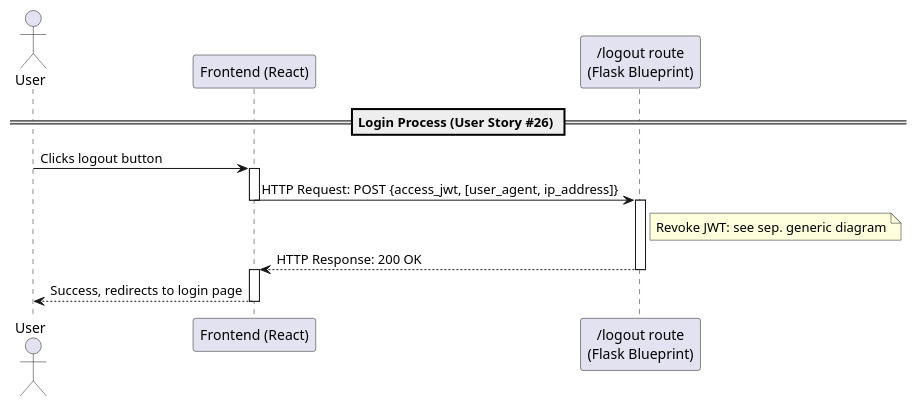
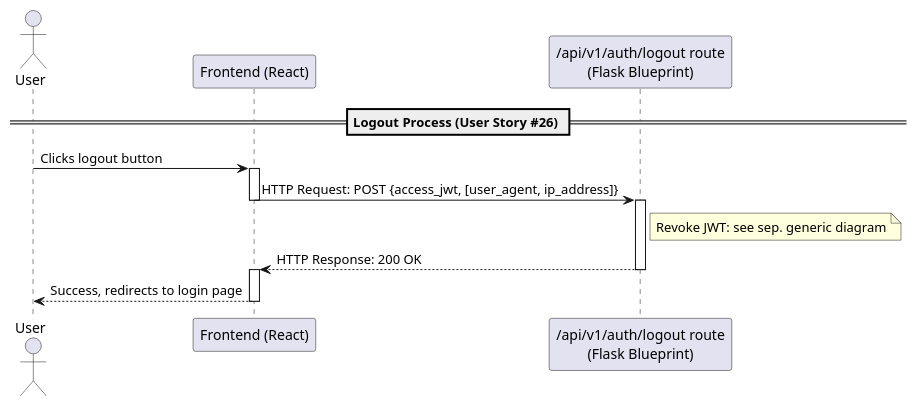
Before and after one commit to dominikoetiker/TheMentalLoadHub: the diagram in docs/src/diagrams/uml/sequence/account_management/authentication_process/logout.puml, drawn with PlantUML. The commit also changed 26 other files, not shown here.

Commit message:
Update README and UML diagrams to reflect a more RESTful API naming

```diff
--- a/docs/src/diagrams/uml/sequence/account_management/authentication_process/logout.puml
+++ b/docs/src/diagrams/uml/sequence/account_management/authentication_process/logout.puml
@@ -1,18 +1,18 @@
 @startuml LogoutSequence
-actor "User" as AppUser
+actor "User" as User
 participant "Frontend (React)" as FE
-participant "/logout route\n(Flask Blueprint)" as LR
+participant "/api/v1/auth/logout route\n(Flask Blueprint)" as ALoR
 
-== Login Process (User Story #26) ==
-AppUser -> FE : Clicks logout button
+== Logout Process (User Story #26) ==
+User -> FE : Clicks logout button
 activate FE
-FE -> LR : HTTP Request: POST {access_jwt, [user_agent, ip_address]}
+FE -> ALoR : HTTP Request: POST {access_jwt, [user_agent, ip_address]}
 deactivate FE
-activate LR
-note right of LR : Revoke JWT: see sep. generic diagram
-FE <-- LR : HTTP Response: 200 OK
-deactivate LR
+activate ALoR
+note right of ALoR : Revoke JWT: see sep. generic diagram
+FE <-- ALoR : HTTP Response: 200 OK
+deactivate ALoR
 activate FE
-AppUser <-- FE : Success, redirects to login page
+User <-- FE : Success, redirects to login page
 deactivate FE
 @enduml
```
